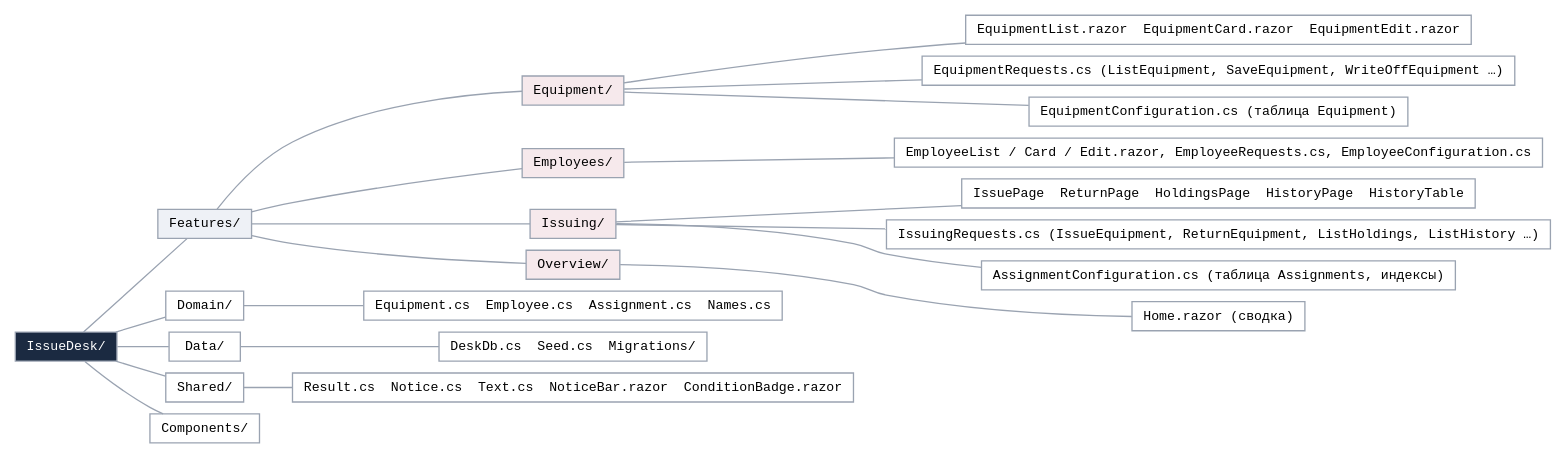
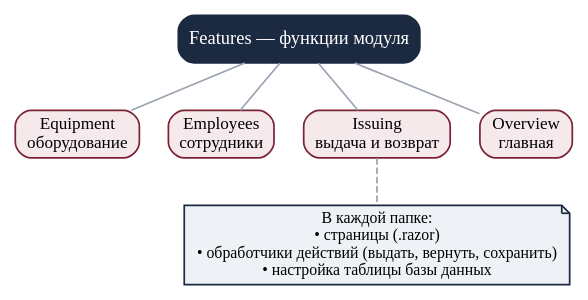
Before and after one commit to Black287234/KP-Nek: the diagram in docs/report/diagrams/slices.dot, drawn with Graphviz. The commit also changed 15 other files, not shown here.

First line of the commit message:
Упрощены схемы, легенда к выделенному правилу, последний слайд — только «Спасибо за внимание»

```diff
--- a/docs/report/diagrams/slices.dot
+++ b/docs/report/diagrams/slices.dot
@@ -1,19 +1,13 @@
 digraph G {
-  graph [rankdir=LR, fontname="Liberation Serif", bgcolor=white, nodesep=0.12, ranksep=0.35];
-  node [shape=box, fontname="Liberation Mono", fontsize=10, style="filled", fillcolor=white, color="#9aa3b1", height=0.3];
-  edge [arrowhead=none, color="#9aa3b1"];
-  root [label="IssueDesk/", fillcolor="#1b2a41", fontcolor=white];
-  F [label="Features/", fillcolor="#eef1f6"]; D [label="Domain/"]; Da [label="Data/"]; S [label="Shared/"]; C [label="Components/"];
-  root -> {D F Da S C};
-  FE [label="Equipment/", fillcolor="#f6e9ec"]; FP [label="Employees/", fillcolor="#f6e9ec"]; FI [label="Issuing/", fillcolor="#f6e9ec"]; FO [label="Overview/", fillcolor="#f6e9ec"];
-  F -> {FE FP FI FO};
-  e1 [label="EquipmentList.razor  EquipmentCard.razor  EquipmentEdit.razor"]; e2 [label="EquipmentRequests.cs (ListEquipment, SaveEquipment, WriteOffEquipment …)"]; e3 [label="EquipmentConfiguration.cs (таблица Equipment)"];
-  FE -> {e1 e2 e3};
-  i1 [label="IssuePage  ReturnPage  HoldingsPage  HistoryPage  HistoryTable"]; i2 [label="IssuingRequests.cs (IssueEquipment, ReturnEquipment, ListHoldings, ListHistory …)"]; i3 [label="AssignmentConfiguration.cs (таблица Assignments, индексы)"];
-  FI -> {i1 i2 i3};
-  p1 [label="EmployeeList / Card / Edit.razor, EmployeeRequests.cs, EmployeeConfiguration.cs"]; FP -> p1;
-  o1 [label="Home.razor (сводка)"]; FO -> o1;
-  d1 [label="Equipment.cs  Employee.cs  Assignment.cs  Names.cs"]; D -> d1;
-  da1 [label="DeskDb.cs  Seed.cs  Migrations/"]; Da -> da1;
-  s1 [label="Result.cs  Notice.cs  Text.cs  NoticeBar.razor  ConditionBadge.razor"]; S -> s1;
+  graph [rankdir=TB, fontname="Liberation Serif", bgcolor=white, nodesep=0.3, ranksep=0.5];
+  node [shape=box, style="rounded,filled", fillcolor=white, color="#1b2a41", penwidth=1.3, fontname="Liberation Serif", fontsize=13];
+  edge [arrowhead=none, color="#9aa3b1", penwidth=1.3];
+  root [label="Features — функции модуля", fillcolor="#1b2a41", fontcolor=white, fontsize=14];
+  e [label="Equipment\nоборудование", fillcolor="#f6e9ec", color="#7b2335"];
+  p [label="Employees\nсотрудники", fillcolor="#f6e9ec", color="#7b2335"];
+  i [label="Issuing\nвыдача и возврат", fillcolor="#f6e9ec", color="#7b2335"];
+  o [label="Overview\nглавная", fillcolor="#f6e9ec", color="#7b2335"];
+  root -> {e p i o};
+  inside [label="В каждой папке:\n• страницы (.razor)\n• обработчики действий (выдать, вернуть, сохранить)\n• настройка таблицы базы данных", shape=note, fillcolor="#eef1f6", fontsize=12];
+  i -> inside [style=dashed];
 }
```
